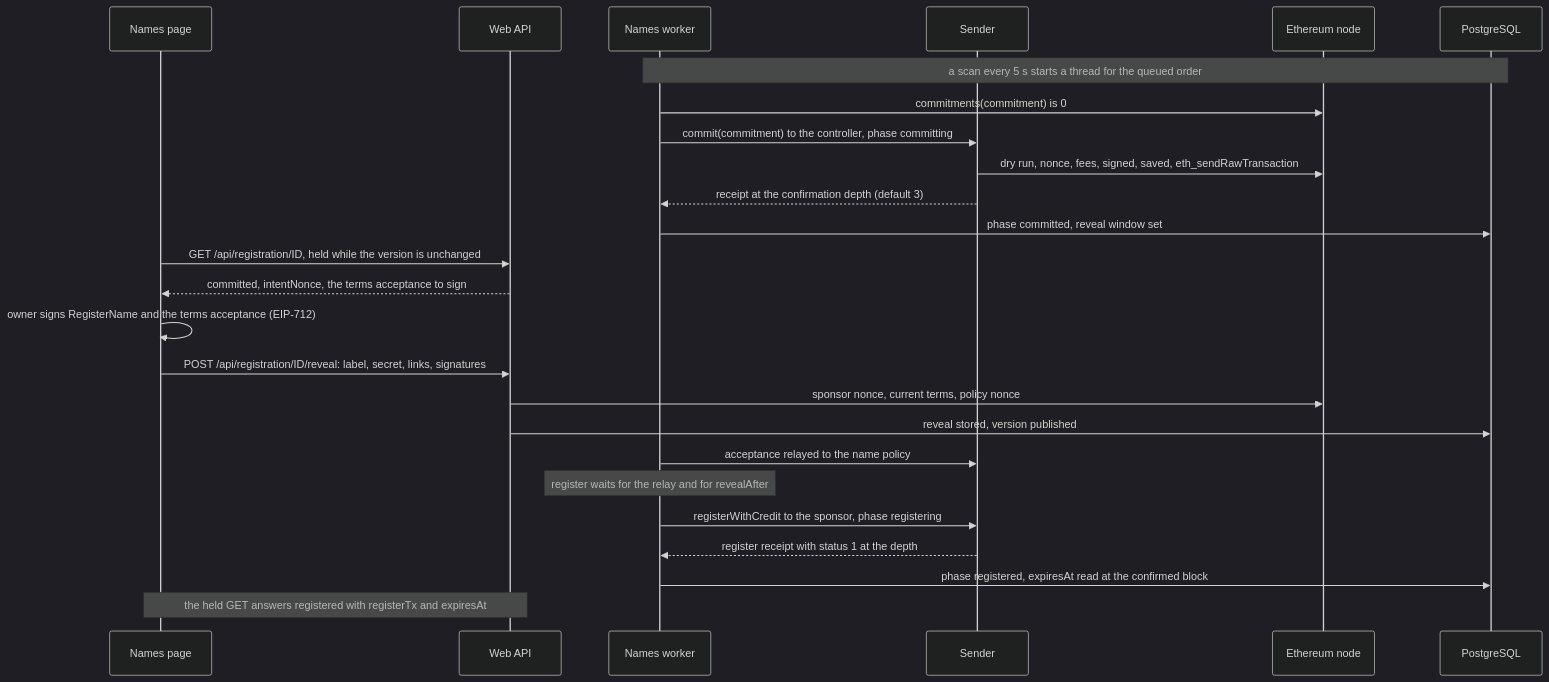
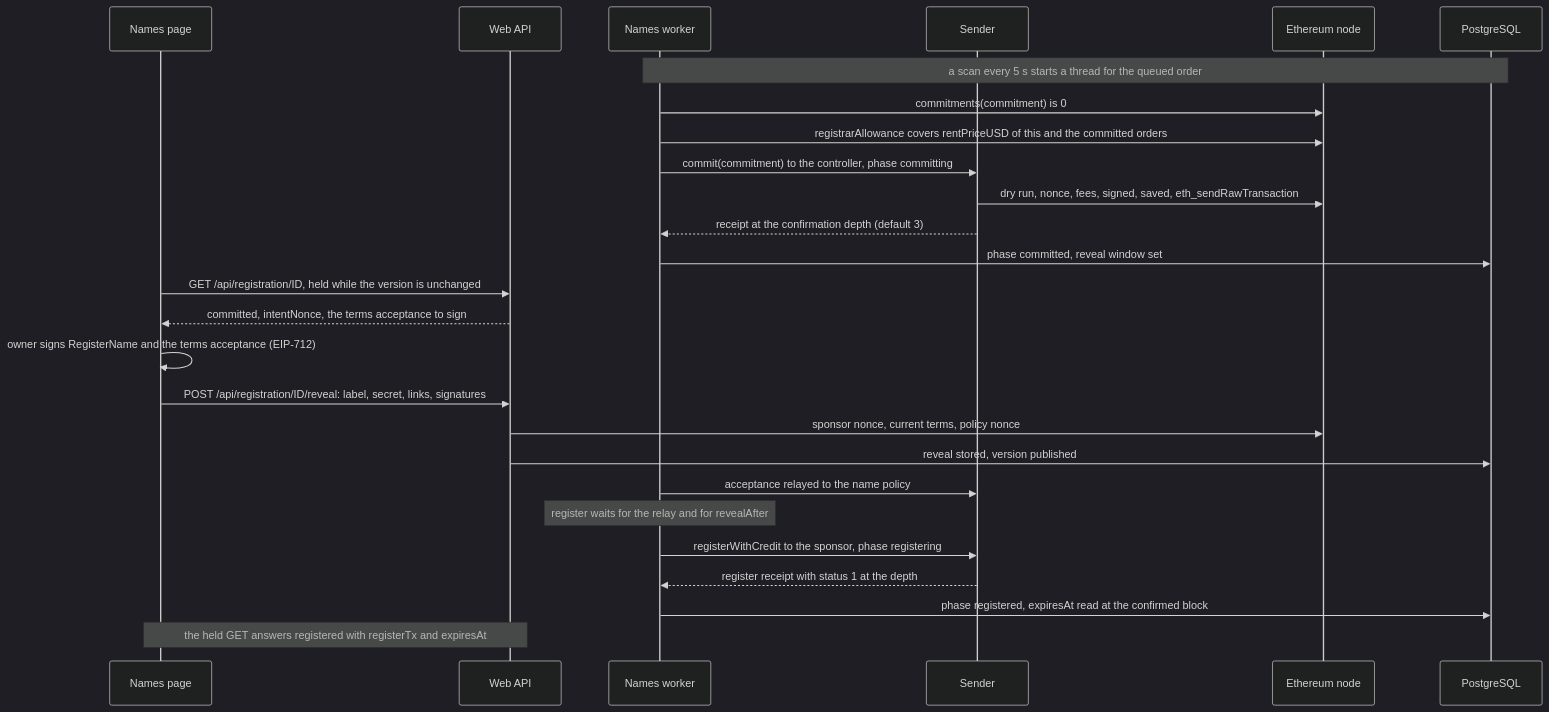
One commit to simplex-chat/simplex-chat changed the third of 13 diagrams in apps/simplex-store-service/docs/names.md. Above: the diagram before and after it, drawn with Mermaid (dark theme). The commit also changed other lines of this file and 6 other files, not shown here.

Commit message:
store: commit name orders only while the sponsor allowance covers them

````diff
--- a/apps/simplex-store-service/docs/names.md
+++ b/apps/simplex-store-service/docs/names.md
@@ -204,27 +204,28 @@
 ```mermaid
 sequenceDiagram
   participant P as Names page
   participant W as Web API
   participant K as Names worker
   participant S as Sender
   participant E as Ethereum node
   participant D as PostgreSQL
   Note over K,D: a scan every 5 s starts a thread for the queued order
   K->>E: commitments(commitment) is 0
+  K->>E: registrarAllowance covers rentPriceUSD of this and the committed orders
   K->>S: commit(commitment) to the controller, phase committing
   S->>E: dry run, nonce, fees, signed, saved, eth_sendRawTransaction
   S-->>K: receipt at the confirmation depth (default 3)
   K->>D: phase committed, reveal window set
   P->>W: GET /api/registration/ID, held while the version is unchanged
   W-->>P: committed, intentNonce, the terms acceptance to sign
   P->>P: owner signs RegisterName and the terms acceptance (EIP-712)
   P->>W: POST /api/registration/ID/reveal: label, secret, links, signatures
   W->>E: sponsor nonce, current terms, policy nonce
   W->>D: reveal stored, version published
   K->>S: acceptance relayed to the name policy
   Note over K: register waits for the relay and for revealAfter
   K->>S: registerWithCredit to the sponsor, phase registering
   S-->>K: register receipt with status 1 at the depth
   K->>D: phase registered, expiresAt read at the confirmed block
   Note over P,W: the held GET answers registered with registerTx and expiresAt
 ```
````
